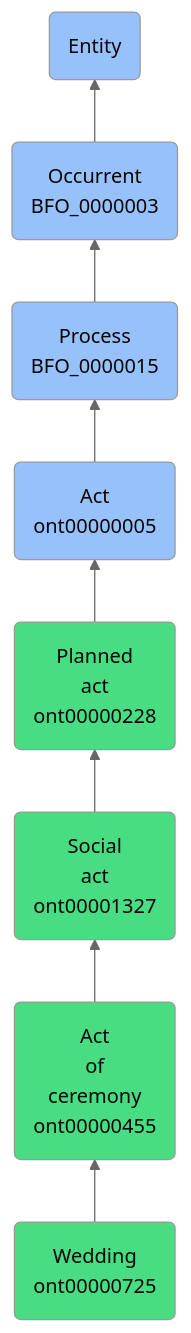
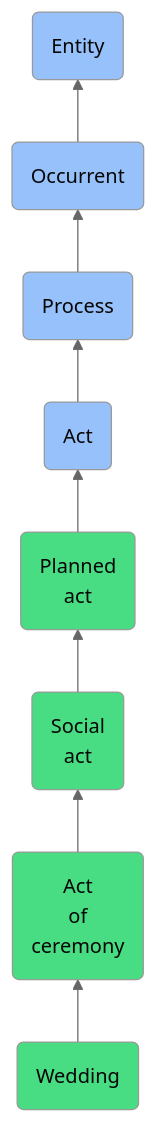
One commit to jupyter-naas/abi changed the diagram in docs/ontology/reference/model/Entity/Occurrent/Process/Act/Planned act/Social act/Act of ceremony/Wedding/Wedding.md. Above: the diagram before and after it, drawn with Mermaid (neutral theme). The commit also changed other lines of this file and 1430 other files, not shown here.

````diff
--- a/docs/ontology/reference/model/Entity/Occurrent/Process/Act/Planned act/Social act/Act of ceremony/Wedding/Wedding.md
+++ b/docs/ontology/reference/model/Entity/Occurrent/Process/Act/Planned act/Social act/Act of ceremony/Wedding/Wedding.md
@@ -24,15 +24,15 @@
 ```mermaid
 graph BT
-    ont00000725(Wedding<br>ont00000725):::ABI-->ont00000455
-    ont00000455(Act<br>of<br>ceremony<br>ont00000455):::ABI-->ont00001327
-    ont00001327(Social<br>act<br>ont00001327):::ABI-->ont00000228
-    ont00000228(Planned<br>act<br>ont00000228):::ABI-->ont00000005
-    ont00000005(Act<br>ont00000005):::BFO-->BFO_0000015
-    BFO_0000015(Process<br>BFO_0000015):::BFO-->BFO_0000003
-    BFO_0000003(Occurrent<br>BFO_0000003):::BFO-->BFO_0000001
+    ont00000725(Wedding):::ABI-->ont00000455
+    ont00000455(Act<br>of<br>ceremony):::ABI-->ont00001327
+    ont00001327(Social<br>act):::ABI-->ont00000228
+    ont00000228(Planned<br>act):::ABI-->ont00000005
+    ont00000005(Act):::BFO-->BFO_0000015
+    BFO_0000015(Process):::BFO-->BFO_0000003
+    BFO_0000003(Occurrent):::BFO-->BFO_0000001
     BFO_0000001(Entity):::BFO
     
     classDef BFO fill:#97c1fb,color:#060606
     classDef CCO fill:#e4c51e,color:#060606
     classDef ABI fill:#48DD82,color:#060606
 ```
````
